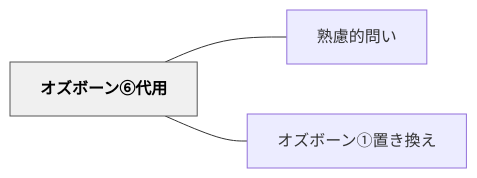
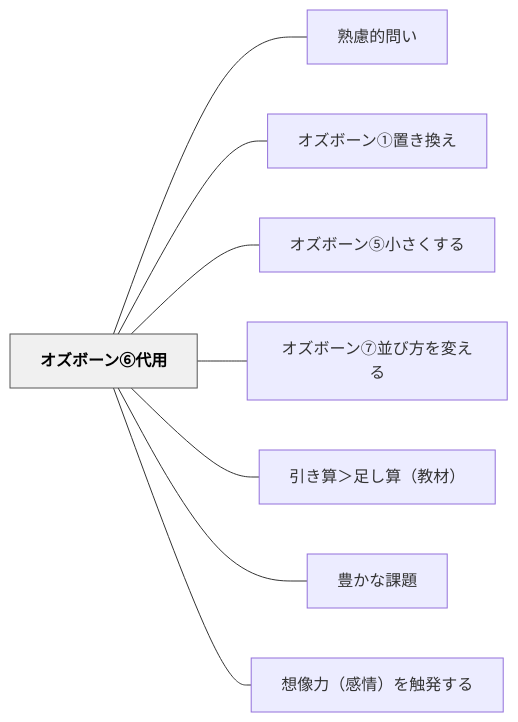
Before and after one commit to unknownthings-ed-patterns/unknownthings-ed-patterns: the diagram in content/パタン/オズボーン⑥代用.md, drawn with Mermaid. The commit also changed other lines of this file and 44 other files, not shown here.

````diff
--- a/content/パタン/オズボーン⑥代用.md
+++ b/content/パタン/オズボーン⑥代用.md
@@ -45,12 +51,22 @@
 ```mermaid
 flowchart LR
     ne382aae382bae3839ce383bce383b3e291a5e4bba3e794a8["オズボーン⑥代用"]
     ne7869fe685aee79a84e5958fe38184["熟慮的問い"]
     ne382aae382bae3839ce383bce383b3e291a0e7bdaee3818de68f9be38188["オズボーン①置き換え"]
+    ne382aae382bae3839ce383bce383b3e291a4e5b08fe38195e3818fe38199e3828b["オズボーン⑤小さくする"]
+    ne382aae382bae3839ce383bce383b3e291a6e4b8a6e381b3e696b9e38292e5a489e38188e3828b["オズボーン⑦並び方を変える"]
+    ne5bc95e3818de7ae97efbc9ee8b6b3e38197e7ae97efbc88e69599e69d90efbc89["引き算＞足し算（教材）"]
+    ne8b18ae3818be381aae8aab2e9a18c["豊かな課題"]
+    ne683b3e5838fe58a9befbc88e6849fe68385efbc89e38292e8a7a6e799bae38199e3828b["想像力（感情）を触発する"]
 
     ne382aae382bae3839ce383bce383b3e291a5e4bba3e794a8 --- ne7869fe685aee79a84e5958fe38184
     ne382aae382bae3839ce383bce383b3e291a5e4bba3e794a8 --- ne382aae382bae3839ce383bce383b3e291a0e7bdaee3818de68f9be38188
+    ne382aae382bae3839ce383bce383b3e291a5e4bba3e794a8 --- ne382aae382bae3839ce383bce383b3e291a4e5b08fe38195e3818fe38199e3828b
+    ne382aae382bae3839ce383bce383b3e291a5e4bba3e794a8 --- ne382aae382bae3839ce383bce383b3e291a6e4b8a6e381b3e696b9e38292e5a489e38188e3828b
+    ne382aae382bae3839ce383bce383b3e291a5e4bba3e794a8 --- ne5bc95e3818de7ae97efbc9ee8b6b3e38197e7ae97efbc88e69599e69d90efbc89
+    ne382aae382bae3839ce383bce383b3e291a5e4bba3e794a8 --- ne8b18ae3818be381aae8aab2e9a18c
+    ne382aae382bae3839ce383bce383b3e291a5e4bba3e794a8 --- ne683b3e5838fe58a9befbc88e6849fe68385efbc89e38292e8a7a6e799bae38199e3828b
 
     classDef hub fill:#f0f0f0,stroke:#555,color:#000,font-weight:bold
     class ne382aae382bae3839ce383bce383b3e291a5e4bba3e794a8 hub
 ```
````
